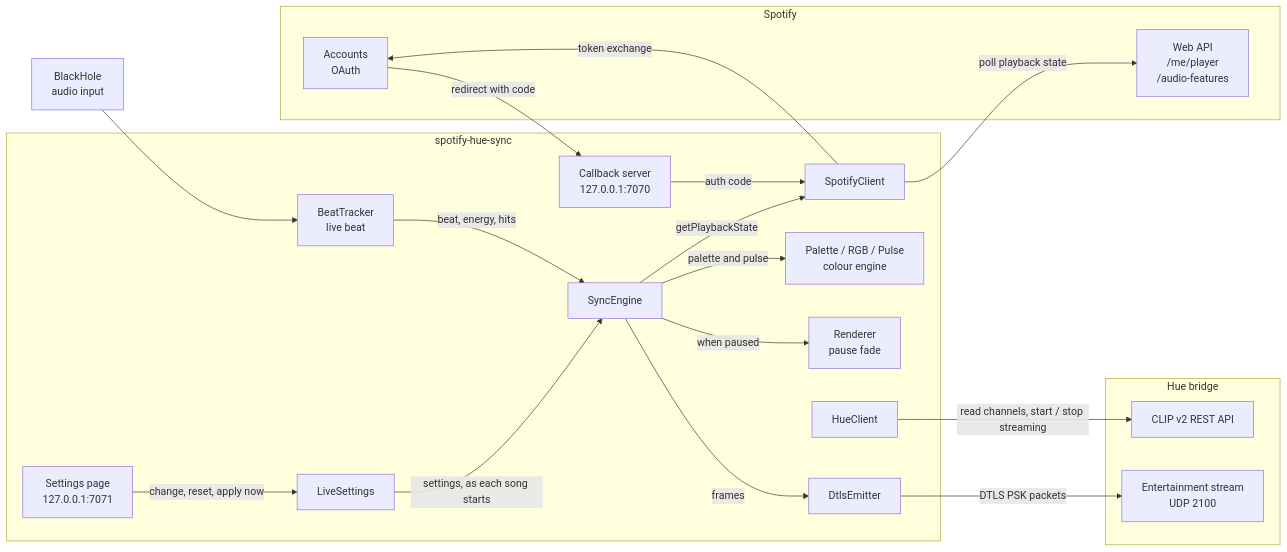
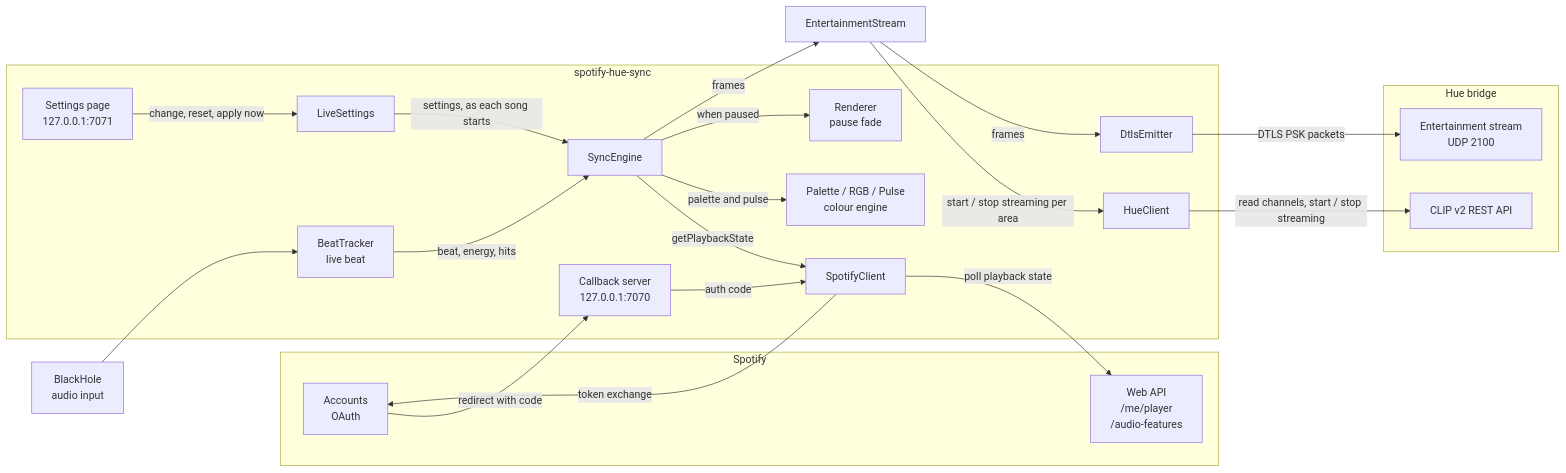
One commit to LorenzoPrinsloo/spotify-hue-sync changed the first of 3 diagrams in docs/architecture.md. Above: the diagram before and after it, drawn with Mermaid. The commit also changed other lines of this file and 26 other files, not shown here.

First line of the commit message:
Choose the entertainment area by name, and switch areas from the settings page

````diff
--- a/docs/architecture.md
+++ b/docs/architecture.md
@@ -15,40 +15,42 @@
 ```mermaid
 flowchart LR
     subgraph Spotify
         API[Web API<br/>/me/player<br/>/audio-features]
         ACC[Accounts<br/>OAuth]
     end
 
     subgraph App[spotify-hue-sync]
         CB[Callback server<br/>127.0.0.1:7070]
         SC[SpotifyClient]
         SE[SyncEngine]
         PAL[Palette / RGB / Pulse<br/>colour engine]
         REN[Renderer<br/>pause fade]
         BT[BeatTracker<br/>live beat]
         HC[HueClient]
         DE[DtlsEmitter]
         LS[LiveSettings]
         UI[Settings page<br/>127.0.0.1:7071]
     end
 
     subgraph Hue[Hue bridge]
         CLIP[CLIP v2 REST API]
         ENT[Entertainment stream<br/>UDP 2100]
     end
 
     ACC -- redirect with code --> CB
     CB -- auth code --> SC
     SC -- token exchange --> ACC
     SC -- poll playback state --> API
     SE -- getPlaybackState --> SC
     SE -- palette and pulse --> PAL
     SE -- when paused --> REN
     BH[BlackHole<br/>audio input] --> BT
     BT -- beat, energy, hits --> SE
-    SE -- frames --> DE
+    SE -- frames --> ES[EntertainmentStream]
+    ES -- start / stop streaming per area --> HC
+    ES -- frames --> DE
     UI -- change, reset, apply now --> LS
     LS -- settings, as each song starts --> SE
     HC -- read channels, start / stop streaming --> CLIP
     DE -- DTLS PSK packets --> ENT
 ```
````
